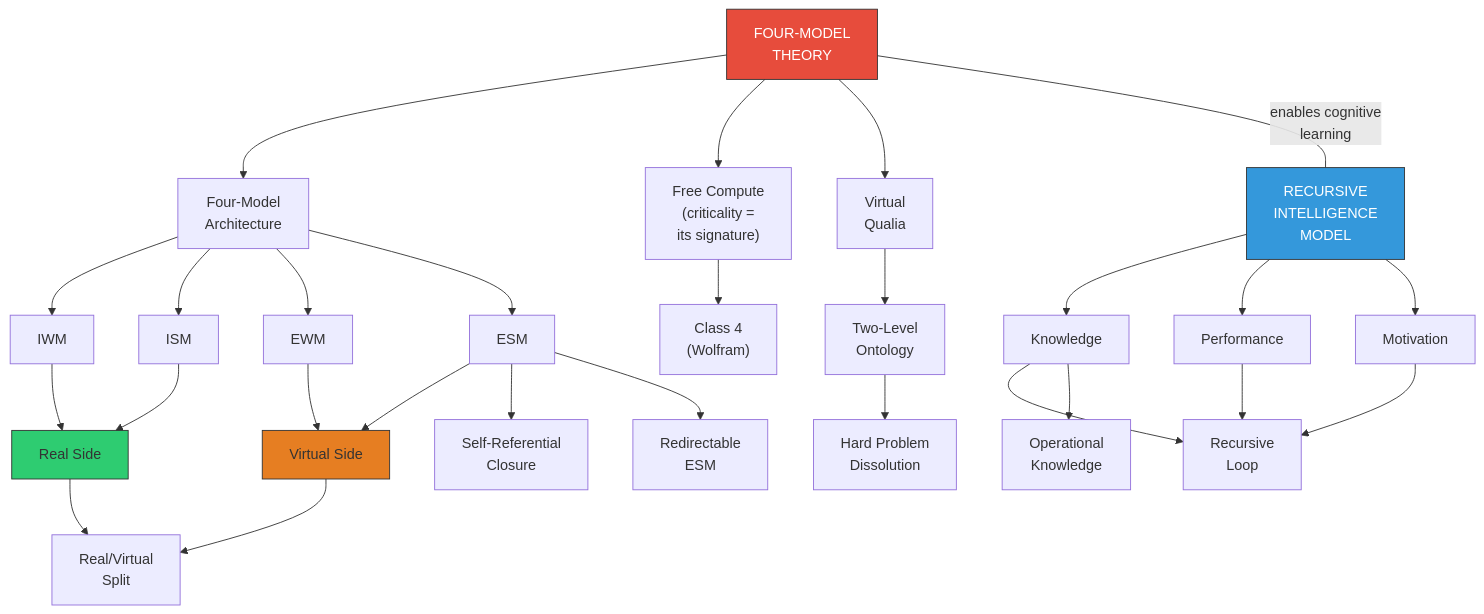
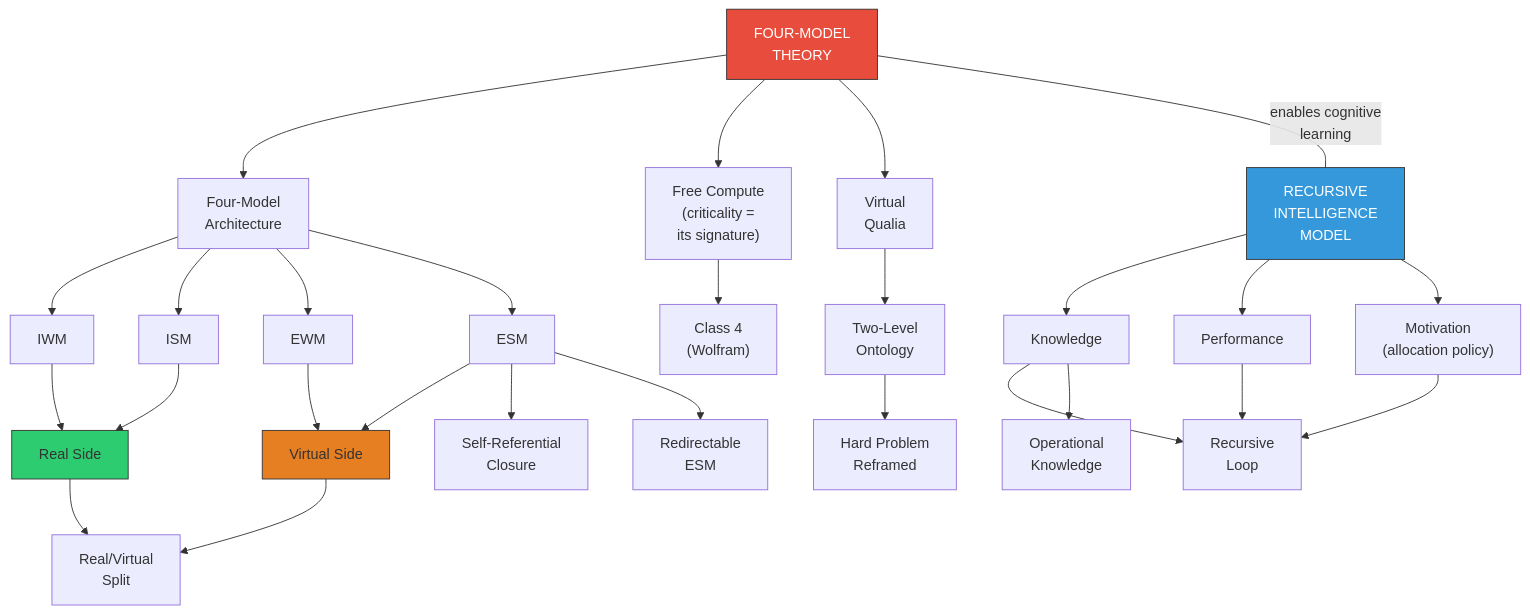
The diagram in wiki/reference/glossary.md (JeltzProstetnic/aIware), drawn with Mermaid before and after one commit. The commit also changed other lines of this file and 124 other files, not shown here.

````diff
--- a/wiki/reference/glossary.md
+++ b/wiki/reference/glossary.md
@@ -126,37 +135,37 @@
 ```mermaid
 graph TD
     FMT["FOUR-MODEL<br/>THEORY"] --> ARCH["Four-Model<br/>Architecture"]
     FMT --> CRIT["Free Compute<br/>(criticality =<br/>its signature)"]
     FMT --> VQ["Virtual<br/>Qualia"]
 
     ARCH --> IWM["IWM"]
     ARCH --> ISM["ISM"]
     ARCH --> EWM["EWM"]
     ARCH --> ESM["ESM"]
 
     IWM & ISM --> REAL["Real Side"]
     EWM & ESM --> VIRT["Virtual Side"]
     REAL & VIRT --> SPLIT["Real/Virtual<br/>Split"]
 
     VQ --> TLO["Two-Level<br/>Ontology"]
-    TLO --> HP["Hard Problem<br/>Dissolution"]
+    TLO --> HP["Hard Problem<br/>Reframed"]
 
     CRIT --> W4["Class 4<br/>(Wolfram)"]
 
     ESM --> SRC["Self-Referential<br/>Closure"]
     ESM --> RED["Redirectable<br/>ESM"]
 
     RIM["RECURSIVE<br/>INTELLIGENCE<br/>MODEL"] --> K["Knowledge"]
     RIM --> P["Performance"]
-    RIM --> M["Motivation"]
+    RIM --> M["Motivation<br/>(allocation policy)"]
 
     K & P & M --> LOOP["Recursive<br/>Loop"]
     K --> OK["Operational<br/>Knowledge"]
 
     FMT ---|"enables cognitive<br/>learning"| RIM
 
     style FMT fill:#e74c3c,stroke:#333,color:#fff
     style RIM fill:#3498db,stroke:#333,color:#fff
     style REAL fill:#2ecc71,stroke:#333
     style VIRT fill:#e67e22,stroke:#333
 ```
````
